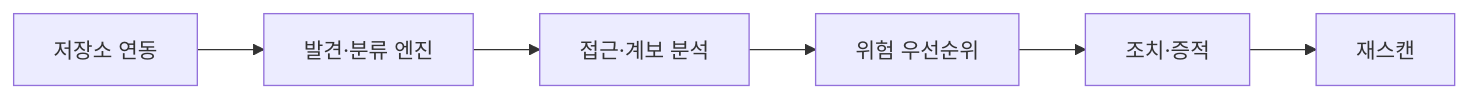
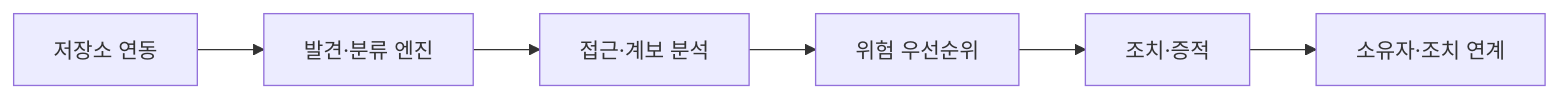
The first of 2 diagrams in src/content/docs/notes/05-security/074_dspm.md (agnusdei1207/knowledge-base), drawn with Mermaid before and after one commit. The commit also changed other lines of this file and 10 other files, not shown here.

````diff
--- a/src/content/docs/notes/05-security/074_dspm.md
+++ b/src/content/docs/notes/05-security/074_dspm.md
@@ -62,8 +62,8 @@
 ```mermaid
 flowchart LR
     A[저장소 연동] --> B[발견·분류 엔진]
     B --> C[접근·계보 분석]
     C --> D[위험 우선순위]
     D --> E[조치·증적]
-    E --> F[재스캔]
+    E --> F[소유자·조치 연계]
 ```
````
